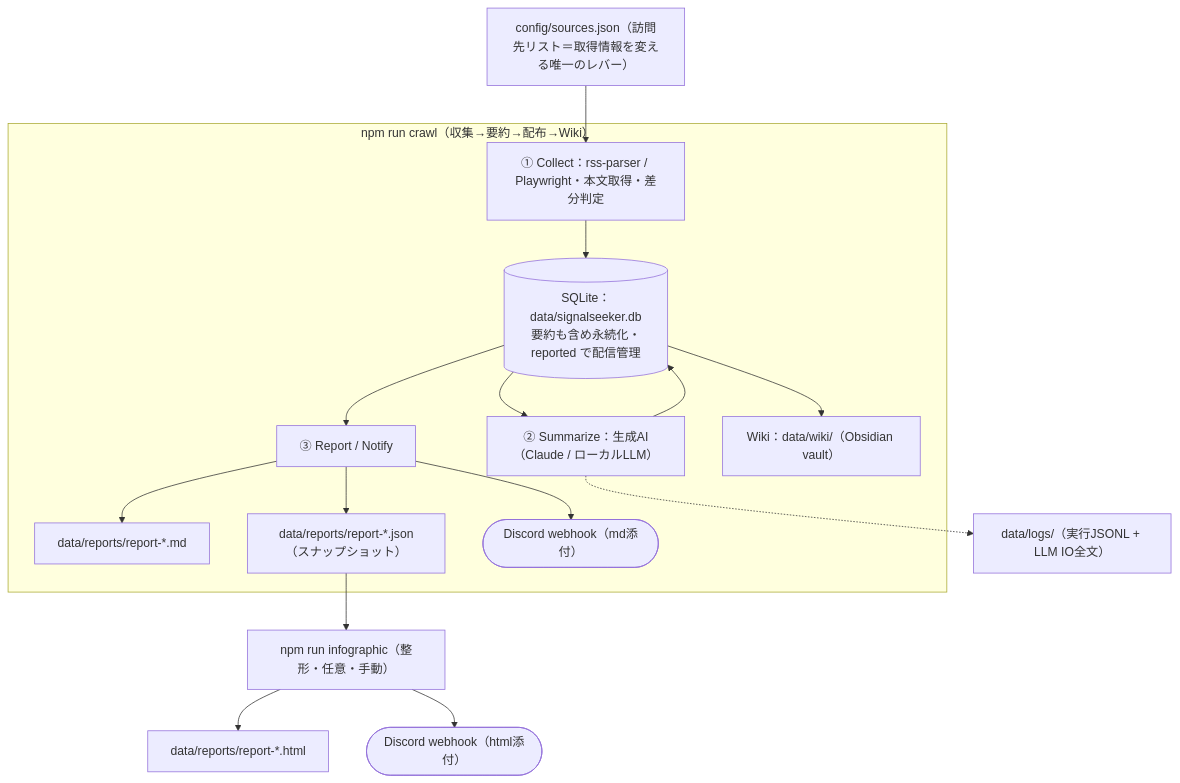
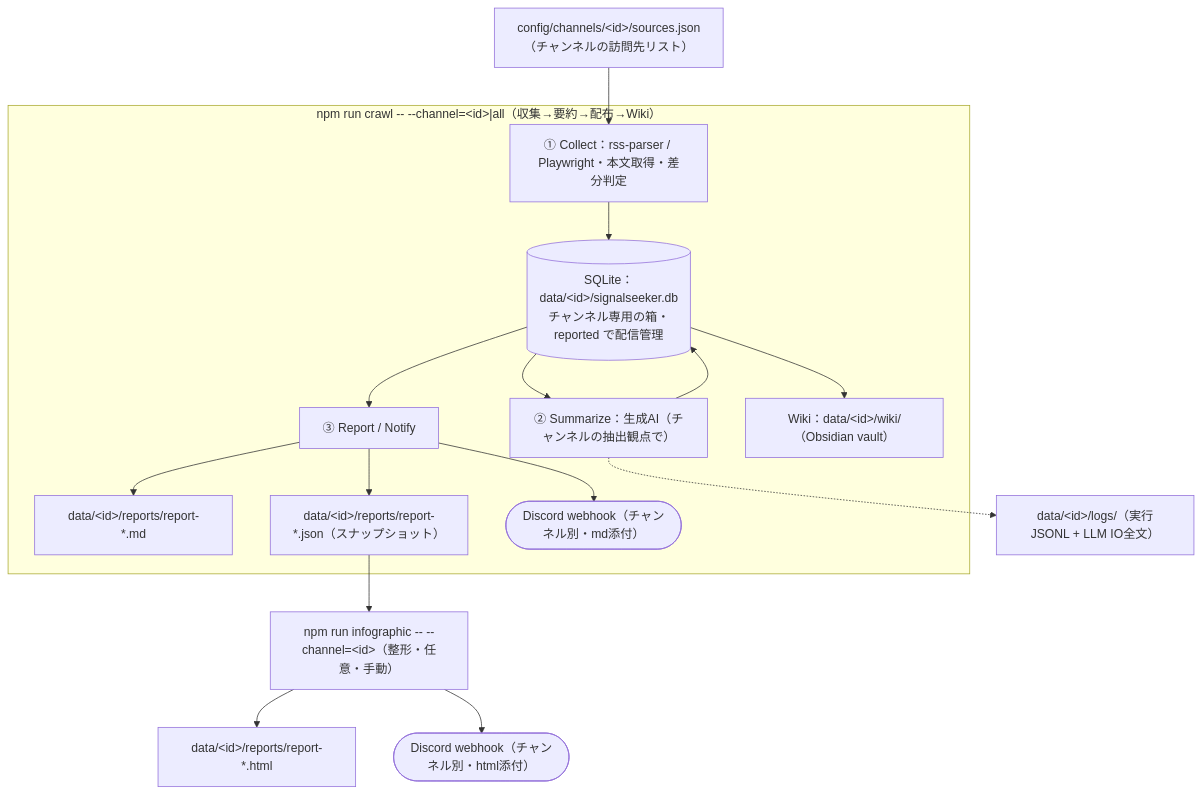
The first of 4 diagrams in docs/設計書.md (t2k2pp/signal-seeker), drawn with Mermaid before and after one commit. The commit also changed other lines of this file and 29 other files, not shown here.

````diff
--- a/docs/設計書.md
+++ b/docs/設計書.md
@@ -47,18 +48,18 @@
 ```mermaid
 flowchart TD
-    SRC["config/sources.json（訪問先リスト＝取得情報を変える唯一のレバー）"] --> COL
-    subgraph crawl["npm run crawl（収集→要約→配布→Wiki）"]
-        COL["① Collect：rss-parser / Playwright・本文取得・差分判定"] --> DB[("SQLite：data/signalseeker.db<br/>要約も含め永続化・reported で配信管理")]
-        DB --> SUM["② Summarize：生成AI（Claude / ローカルLLM）"]
+    SRC["config/channels/&lt;id&gt;/sources.json（チャンネルの訪問先リスト）"] --> COL
+    subgraph crawl["npm run crawl -- --channel=&lt;id&gt;|all（収集→要約→配布→Wiki）"]
+        COL["① Collect：rss-parser / Playwright・本文取得・差分判定"] --> DB[("SQLite：data/&lt;id&gt;/signalseeker.db<br/>チャンネル専用の箱・reported で配信管理")]
+        DB --> SUM["② Summarize：生成AI（チャンネルの抽出観点で）"]
         SUM --> DB
         DB --> REP["③ Report / Notify"]
-        REP --> MD["data/reports/report-*.md"]
-        REP --> SNAP["data/reports/report-*.json（スナップショット）"]
-        REP --> DISC1(["Discord webhook（md添付）"])
-        DB --> WIKI["Wiki：data/wiki/（Obsidian vault）"]
+        REP --> MD["data/&lt;id&gt;/reports/report-*.md"]
+        REP --> SNAP["data/&lt;id&gt;/reports/report-*.json（スナップショット）"]
+        REP --> DISC1(["Discord webhook（チャンネル別・md添付）"])
+        DB --> WIKI["Wiki：data/&lt;id&gt;/wiki/（Obsidian vault）"]
     end
-    SNAP --> IG["npm run infographic（整形・任意・手動）"]
-    IG --> HTML["data/reports/report-*.html"]
-    IG --> DISC2(["Discord webhook（html添付）"])
-    SUM -.-> LOG["data/logs/（実行JSONL + LLM IO全文）"]
+    SNAP --> IG["npm run infographic -- --channel=&lt;id&gt;（整形・任意・手動）"]
+    IG --> HTML["data/&lt;id&gt;/reports/report-*.html"]
+    IG --> DISC2(["Discord webhook（チャンネル別・html添付）"])
+    SUM -.-> LOG["data/&lt;id&gt;/logs/（実行JSONL + LLM IO全文）"]
 ```
````
